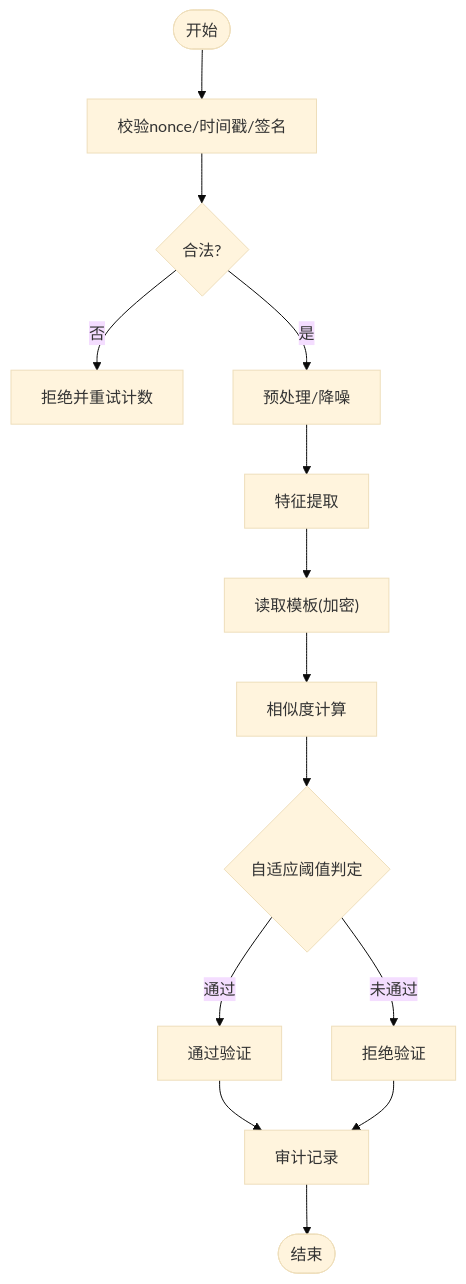
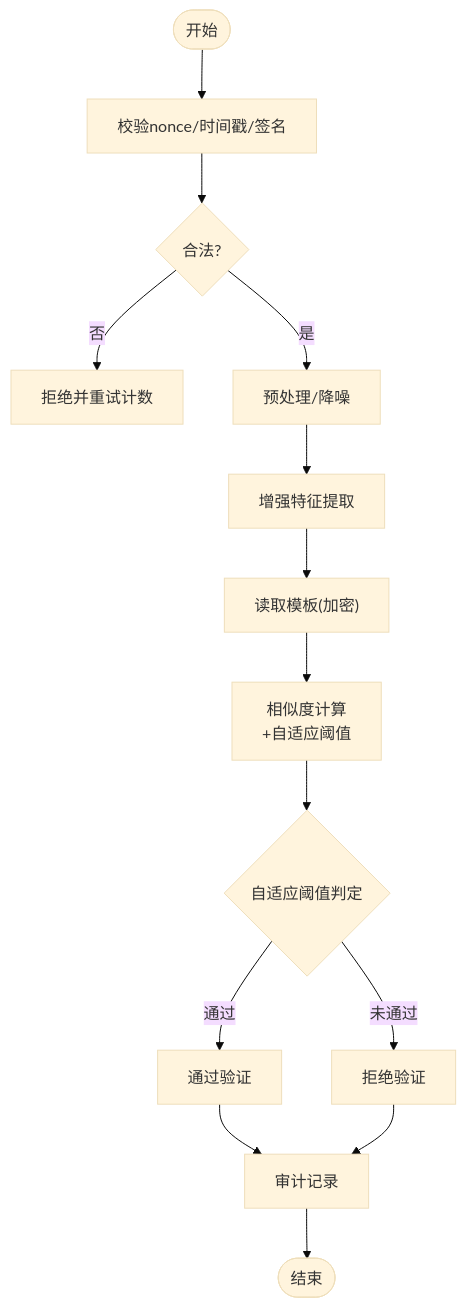
Before and after one commit to zmdhdu/NexusCockpit: the fifth of 7 diagrams in .qoder/repowiki/zh/content/语音交互系统/声纹识别与用户验证.md, drawn with Mermaid (base theme). The commit also changed other lines of this file and 43 other files, not shown here.

````diff
--- a/.qoder/repowiki/zh/content/语音交互系统/声纹识别与用户验证.md
+++ b/.qoder/repowiki/zh/content/语音交互系统/声纹识别与用户验证.md
@@ -231,16 +249,16 @@
 ```mermaid
 flowchart TD
 S(["开始"]) --> CheckNonce["校验nonce/时间戳/签名"]
 CheckNonce --> Valid{"合法?"}
 Valid --> |否| Deny["拒绝并重试计数"]
 Valid --> |是| Preproc["预处理/降噪"]
-Preproc --> Extract["特征提取"]
-Extract --> Retrieve["读取模板(加密)"]
-Retrieve --> Score["相似度计算"]
-Score --> Adaptive{"自适应阈值判定"}
-Adaptive --> |通过| Pass["通过验证"]
-Adaptive --> |未通过| Fail["拒绝验证"]
+Preproc --> EnhancedExtract["增强特征提取"]
+EnhancedExtract --> Retrieve["读取模板(加密)"]
+Retrieve --> Score["相似度计算<br/>+自适应阈值"]
+Score --> AdaptiveThreshold{"自适应阈值判定"}
+AdaptiveThreshold --> |通过| Pass["通过验证"]
+AdaptiveThreshold --> |未通过| Fail["拒绝验证"]
 Pass --> Audit["审计记录"]
 Fail --> Audit
 Audit --> E(["结束"])
 ```
````
